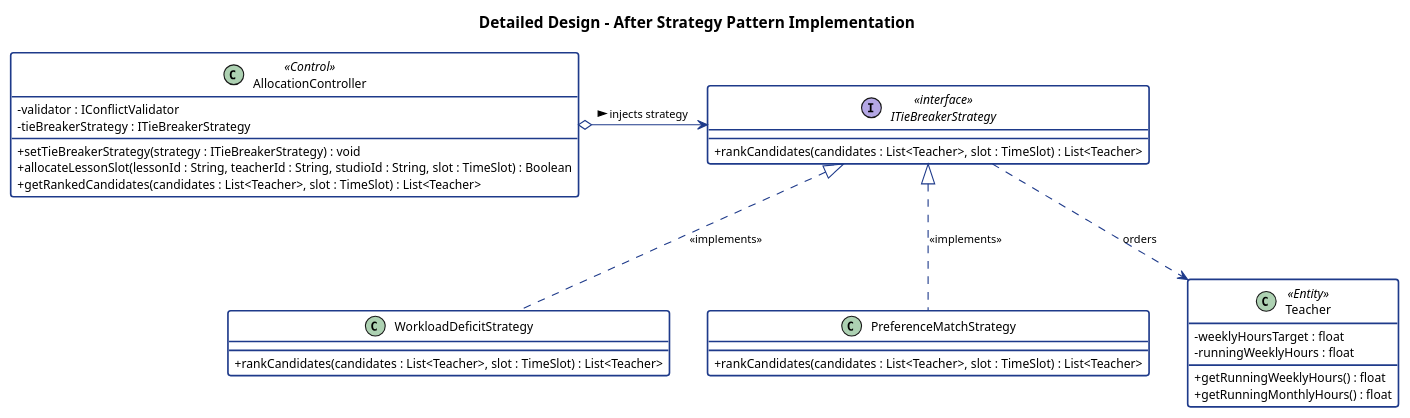
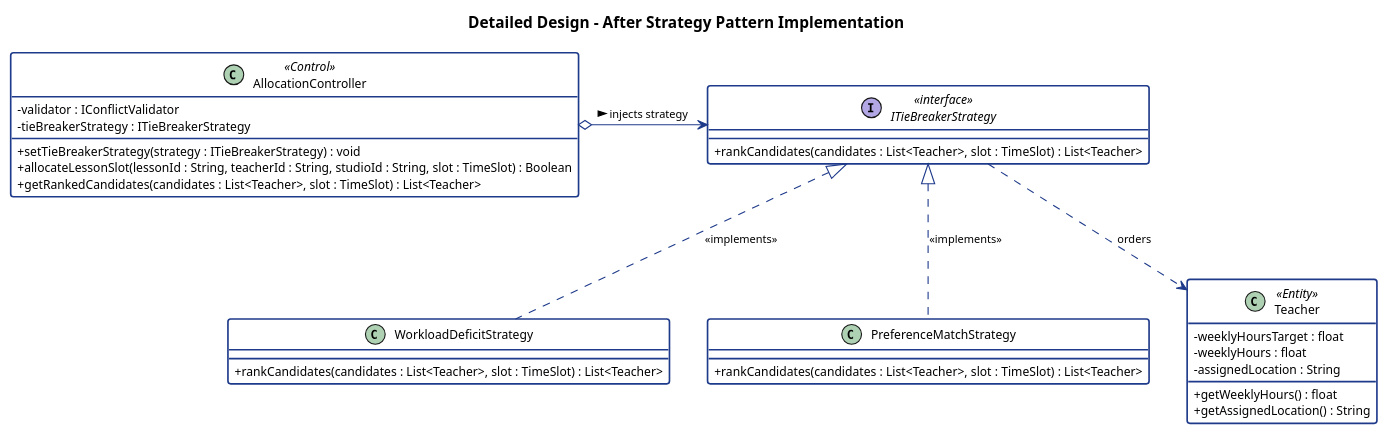
Before and after one commit to adoreblvnk/2001temp: the diagram in report/assets/m2/pattern_after_excerpt.puml, drawn with PlantUML. The commit also changed 11 other files, not shown here.

```diff
--- a/report/assets/m2/pattern_after_excerpt.puml
+++ b/report/assets/m2/pattern_after_excerpt.puml
@@ -1,55 +1,56 @@
 @startuml pattern_after_excerpt
 skinparam classAttributeIconSize 0
 skinparam shadowing false
 skinparam defaultFontName "Helvetica", "Arial", sans-serif
 skinparam defaultFontSize 11
 skinparam class {
     BackgroundColor #FFFFFF
     BorderColor #1E3A8A
     BorderThickness 1.5
 }
 skinparam interface {
     BackgroundColor #EFF6FF
     BorderColor #2563EB
     BorderThickness 1.5
 }
 skinparam arrow {
     Color #1E3A8A
     FontSize 10
 }
 
 title Detailed Design - After Strategy Pattern Implementation
 
 class AllocationController <<Control>> {
     - validator : IConflictValidator
     - tieBreakerStrategy : ITieBreakerStrategy
     + setTieBreakerStrategy(strategy : ITieBreakerStrategy) : void
     + allocateLessonSlot(lessonId : String, teacherId : String, studioId : String, slot : TimeSlot) : Boolean
     + getRankedCandidates(candidates : List<Teacher>, slot : TimeSlot) : List<Teacher>
 }
 
 interface ITieBreakerStrategy <<interface>> {
     + rankCandidates(candidates : List<Teacher>, slot : TimeSlot) : List<Teacher>
 }
 
 class WorkloadDeficitStrategy {
     + rankCandidates(candidates : List<Teacher>, slot : TimeSlot) : List<Teacher>
 }
 
 class PreferenceMatchStrategy {
     + rankCandidates(candidates : List<Teacher>, slot : TimeSlot) : List<Teacher>
 }
 
 class Teacher <<Entity>> {
     - weeklyHoursTarget : float
-    - runningWeeklyHours : float
-    + getRunningWeeklyHours() : float
-    + getRunningMonthlyHours() : float
+    - weeklyHours : float
+    - assignedLocation : String
+    + getWeeklyHours() : float
+    + getAssignedLocation() : String
 }
 
 AllocationController o-> ITieBreakerStrategy : injects strategy >
 WorkloadDeficitStrategy .up.|> ITieBreakerStrategy : <<implements>>
 PreferenceMatchStrategy .up.|> ITieBreakerStrategy : <<implements>>
 ITieBreakerStrategy ..> Teacher : orders
 
 @enduml
```
